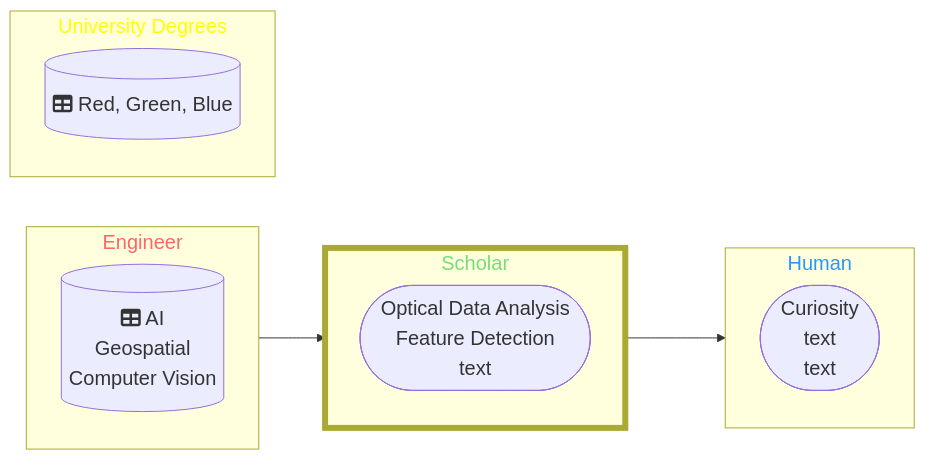
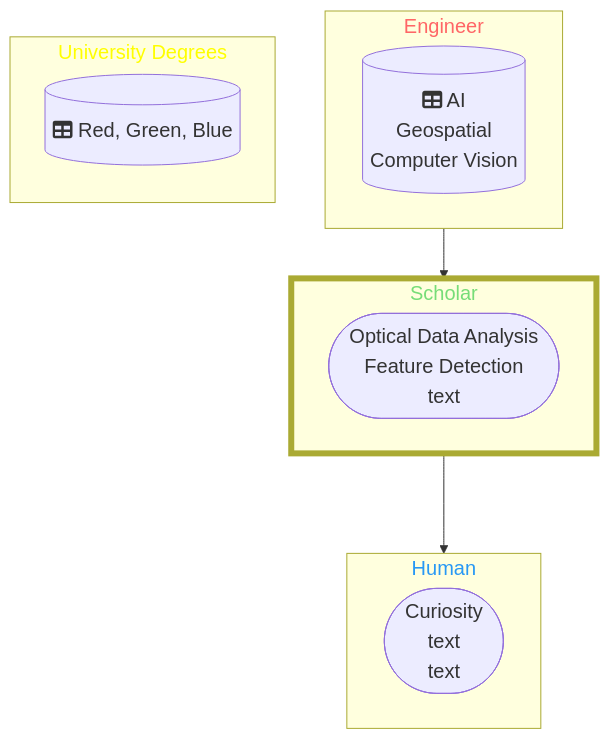
Before and after one commit to DippoldEJ/DippoldEJ: the diagram in README.md, drawn with Mermaid.

````diff
--- a/README.md
+++ b/README.md
@@ -3,34 +3,38 @@
 ```mermaid
-flowchart LR;
+flowchart TD;
 %%{init: {
 	'themeVariables': { 'fontSize': '20px', 'fontFamily': 'Didot'}
 	}
 }%%
 
 subgraph n[Engineer]
+direction LR;
         b[(fa:fa-table AI <br> Geospatial <br> Computer Vision)]
     end
 
 subgraph o[Scholar]
+direction LR;
         j([Optical Data Analysis <br> Feature Detection <br> text])
 
     end
 
  subgraph p[Human]
+  direction LR;
     a([Curiosity <br /> text  <br />  text])
     end
 
  subgraph h[University Degrees]
+direction TD;
         r[(fa:fa-table Red, Green, Blue)]
     end
 
 style n color:#f66
 style o stroke-width:6px
 style o color:#77DD77
 style p color:#2798F5
 style h color:#FFFF00
 
 n-->o
 o-->p
 
 ```
````
